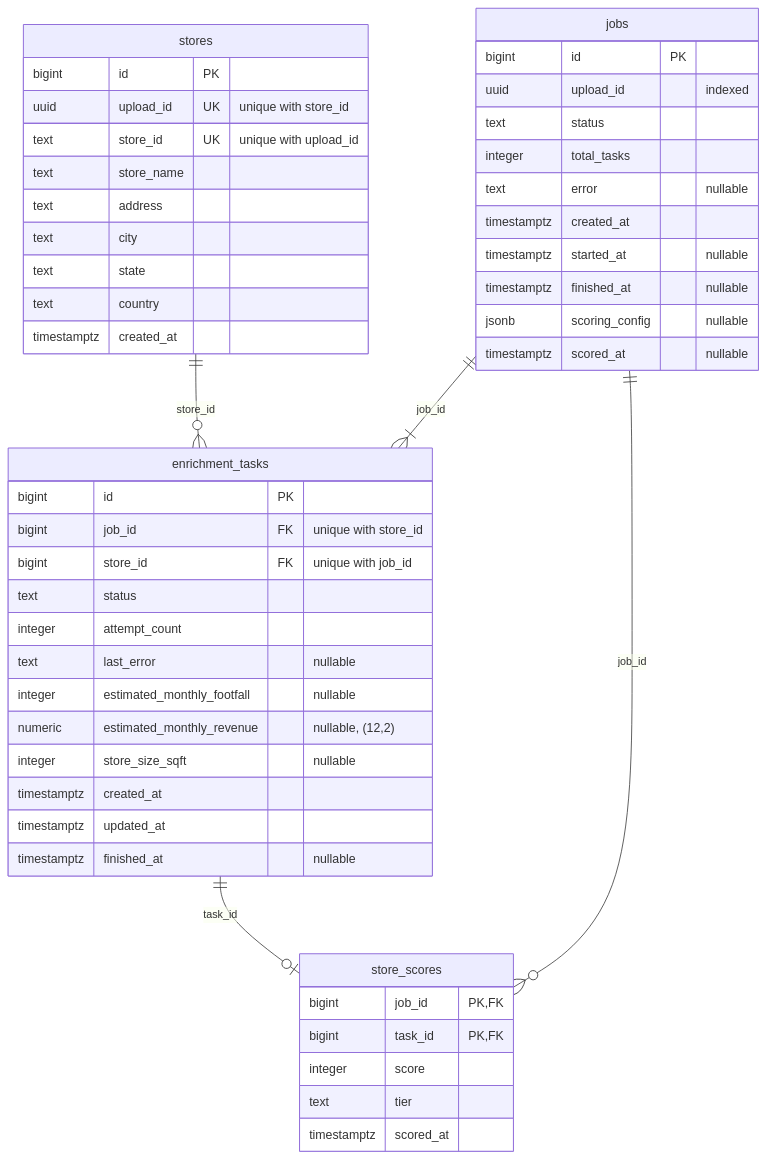
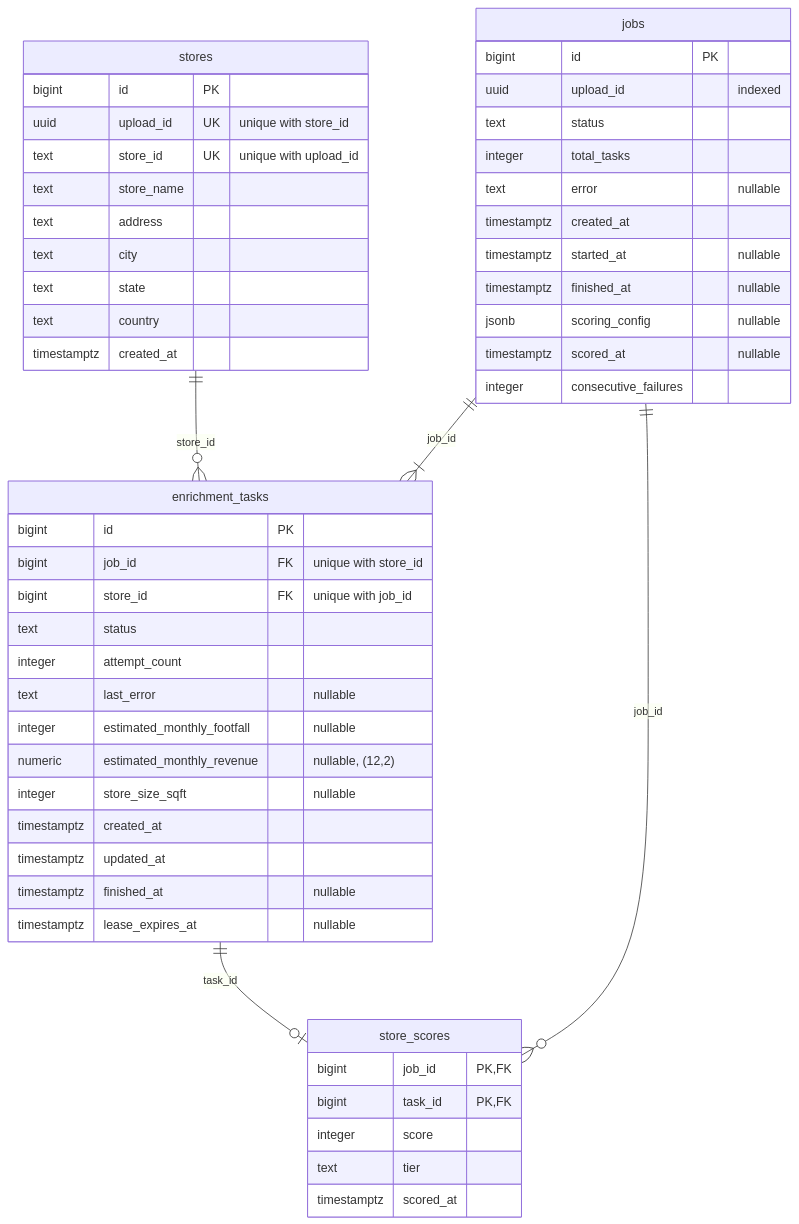
One commit to Sayan3sarkar/sigmoid-tierforge changed the diagram in documentation/datastores.md. Above: the diagram before and after it, drawn with Mermaid. The commit also changed other lines of this file and 38 other files, not shown here.

````diff
--- a/documentation/datastores.md
+++ b/documentation/datastores.md
@@ -5,55 +5,57 @@
 ```mermaid
 erDiagram
     stores ||--o{ enrichment_tasks : "store_id"
     jobs ||--|{ enrichment_tasks : "job_id"
     jobs ||--o{ store_scores : "job_id"
     enrichment_tasks ||--o| store_scores : "task_id"
 
     stores {
         bigint id PK
         uuid upload_id UK "unique with store_id"
         text store_id UK "unique with upload_id"
         text store_name
         text address
         text city
         text state
         text country
         timestamptz created_at
     }
 
     jobs {
         bigint id PK
         uuid upload_id "indexed"
         text status
         integer total_tasks
         text error "nullable"
         timestamptz created_at
         timestamptz started_at "nullable"
         timestamptz finished_at "nullable"
         jsonb scoring_config "nullable"
         timestamptz scored_at "nullable"
+        integer consecutive_failures
     }
 
     enrichment_tasks {
         bigint id PK
         bigint job_id FK "unique with store_id"
         bigint store_id FK "unique with job_id"
         text status
         integer attempt_count
         text last_error "nullable"
         integer estimated_monthly_footfall "nullable"
         numeric estimated_monthly_revenue "nullable, (12,2)"
         integer store_size_sqft "nullable"
         timestamptz created_at
         timestamptz updated_at
         timestamptz finished_at "nullable"
+        timestamptz lease_expires_at "nullable"
     }
 
     store_scores {
         bigint job_id PK, FK
         bigint task_id PK, FK
         integer score
         text tier
         timestamptz scored_at
     }
 ```
````
